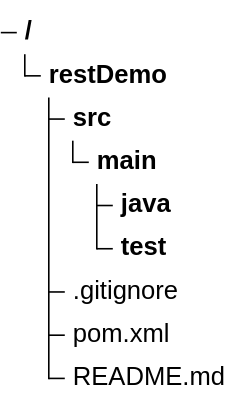
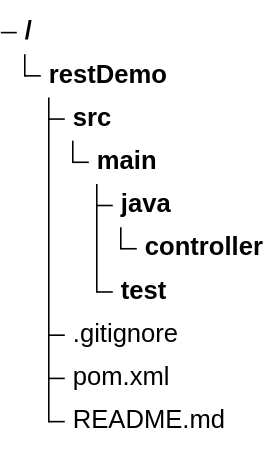
One commit to chanduujjina/Spring_Boot_Rest_AI changed the diagram in Read.md. Above: the diagram before and after it, drawn with Mermaid (neutral theme).

````diff
--- a/Read.md
+++ b/Read.md
@@ -1,11 +1,12 @@
 ```mermaid
 treeView-beta
             restDemo/
                 src/
                     main/
                           java/
+                               controller/
                           test/
                 .gitignore
                 pom.xml
                 README.md
 ```
````
